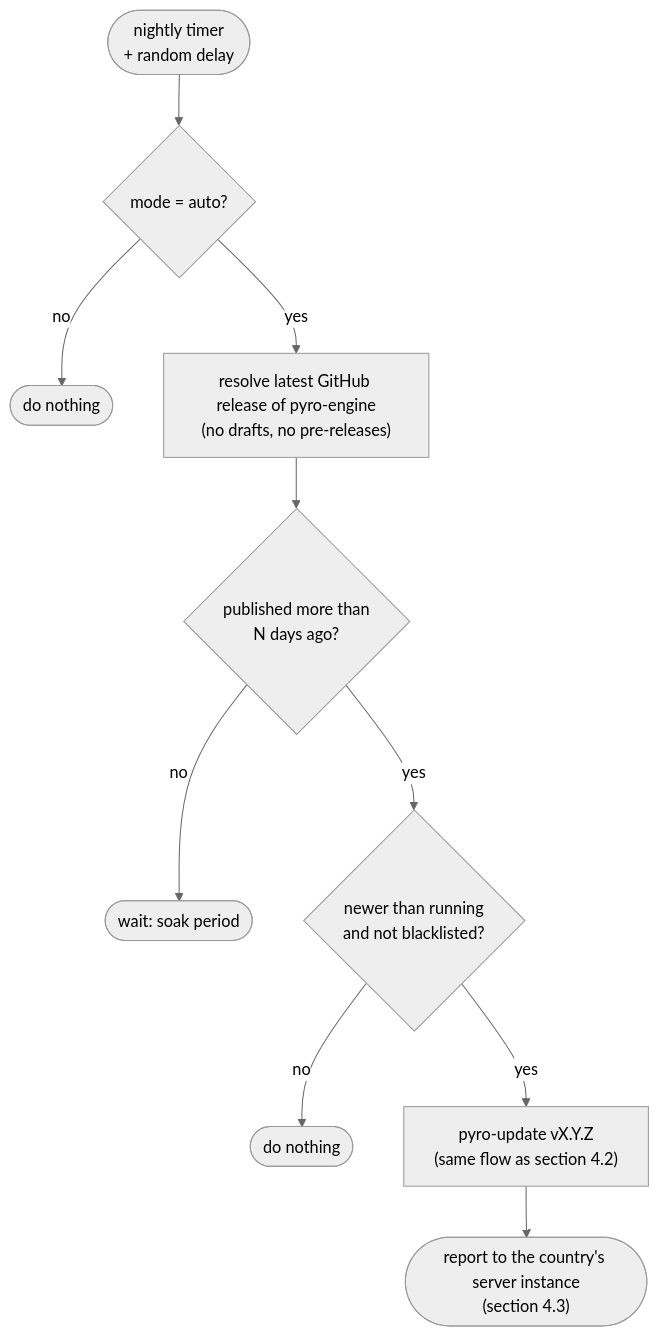
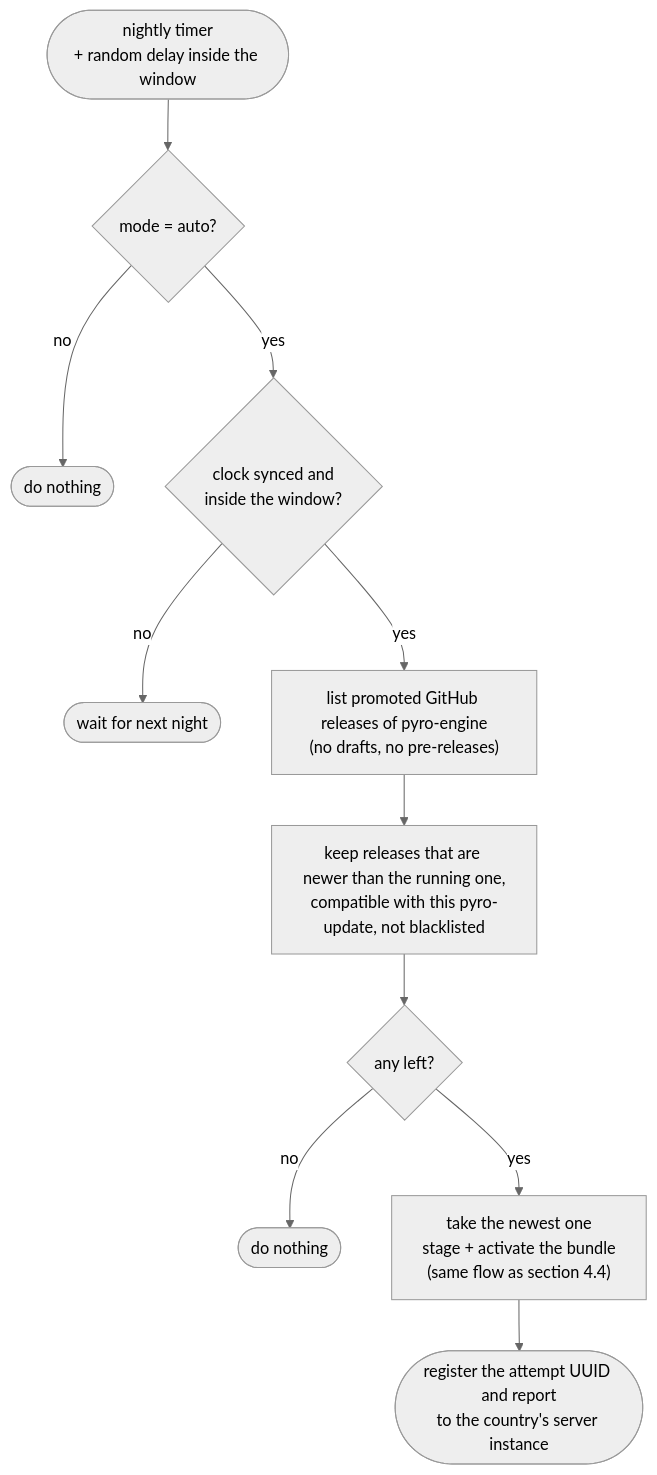
One commit to pyronear/pi-manager-template changed diagram 11 of 13 in docs/ADR/fleet-api.md. Above: the diagram before and after it, drawn with Mermaid (neutral theme). The commit also changed other lines of this file, not shown here.

````diff
--- a/docs/ADR/fleet-api.md
+++ b/docs/ADR/fleet-api.md
@@ -345,12 +487,13 @@
 ```mermaid
 flowchart TD
-    T(["nightly timer<br/>+ random delay"]) --> M{"mode = auto?"}
+    T(["nightly timer<br/>+ random delay inside the window"]) --> M{"mode = auto?"}
     M -- no --> E1(["do nothing"])
-    M -- yes --> R["resolve latest GitHub release of pyro-engine<br/>(no drafts, no pre-releases)"]
-    R --> AGE{"published more than<br/>N days ago?"}
-    AGE -- no --> E2(["wait: soak period"])
-    AGE -- yes --> NEW{"newer than running<br/>and not blacklisted?"}
+    M -- yes --> CL{"clock synced and<br/>inside the window?"}
+    CL -- no --> E0(["wait for next night"])
+    CL -- yes --> R["list promoted GitHub releases of pyro-engine<br/>(no drafts, no pre-releases)"]
+    R --> F["keep releases that are newer than the running one,<br/>compatible with this pyro-update, not blacklisted"]
+    F --> NEW{"any left?"}
     NEW -- no --> E3(["do nothing"])
-    NEW -- yes --> U["pyro-update vX.Y.Z<br/>(same flow as section 4.2)"]
-    U --> REP(["report to the country's server instance<br/>(section 4.3)"])
+    NEW -- yes --> U["take the newest one<br/>stage + activate the bundle<br/>(same flow as section 4.4)"]
+    U --> REP(["register the attempt UUID and report<br/>to the country's server instance"])
 ```
````
